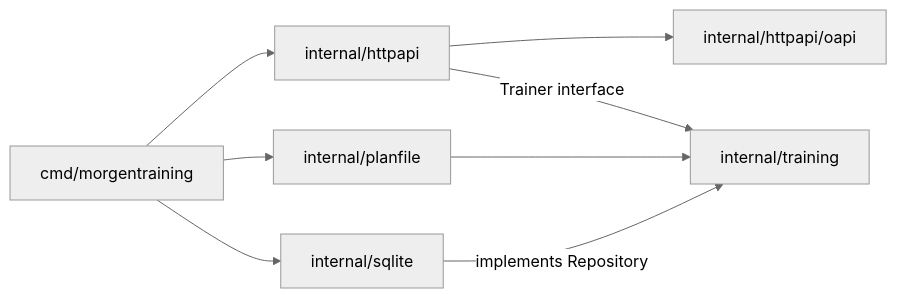
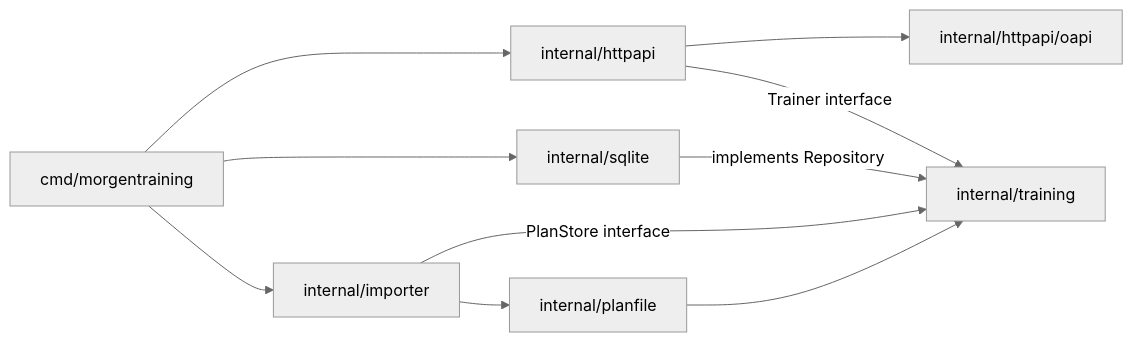
The second of 2 diagrams in README.md (subpathdev/morgentraining), drawn with Mermaid (neutral theme) before and after one commit. The commit also changed other lines of this file and 9 other files, not shown here.

````diff
--- a/README.md
+++ b/README.md
@@ -75,10 +75,12 @@
 ```mermaid
 flowchart LR
     main["cmd/morgentraining"] --> httpapi
     main --> sqlite
-    main --> planfile
+    main --> importer
+    importer["internal/importer"] -->|"PlanStore interface"| training
+    importer --> planfile
     httpapi["internal/httpapi"] --> oapi["internal/httpapi/oapi"]
     httpapi -->|"Trainer interface"| training
     planfile["internal/planfile"] --> training
     sqlite["internal/sqlite"] -->|"implements Repository"| training["internal/training"]
 ```
````
